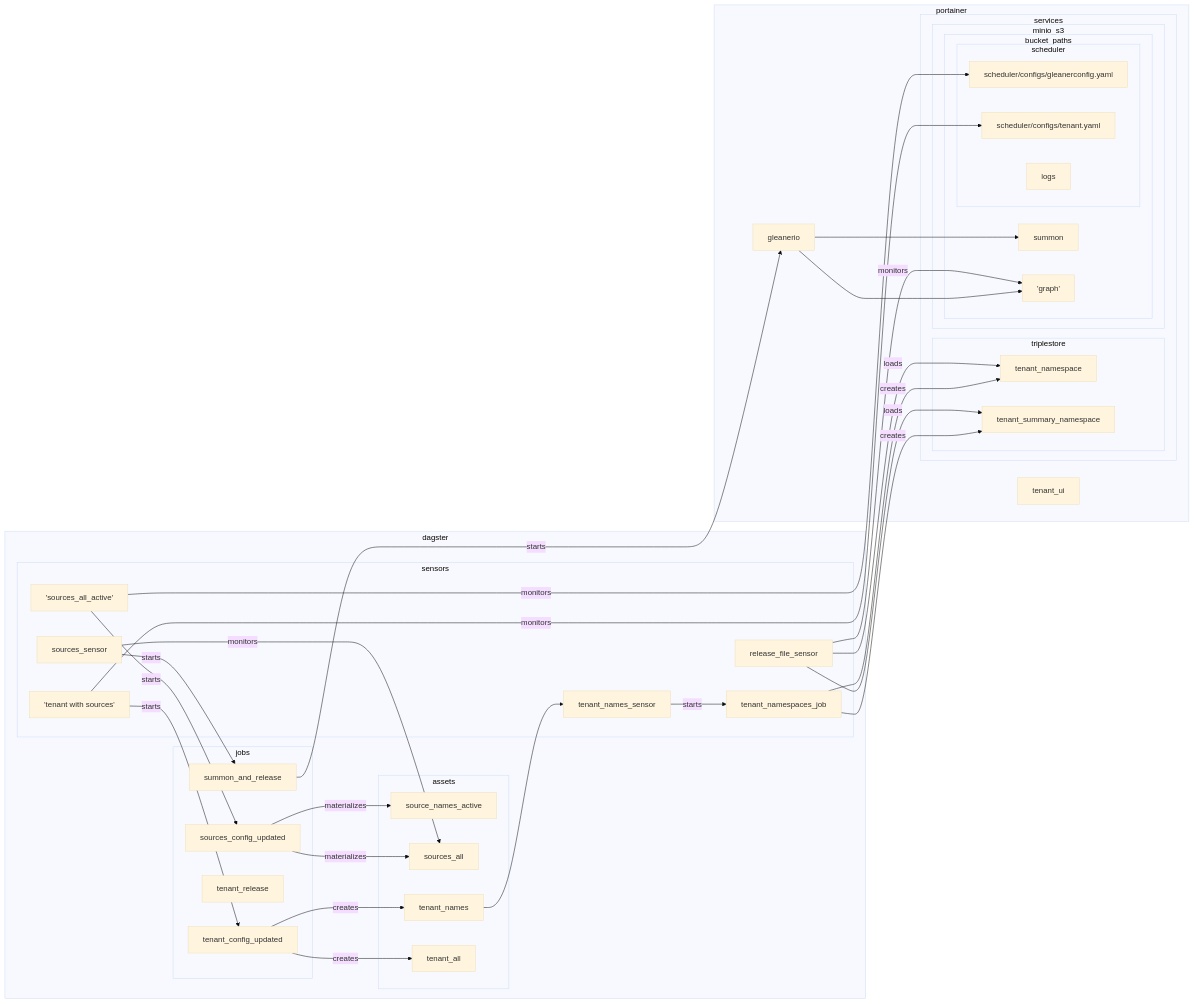
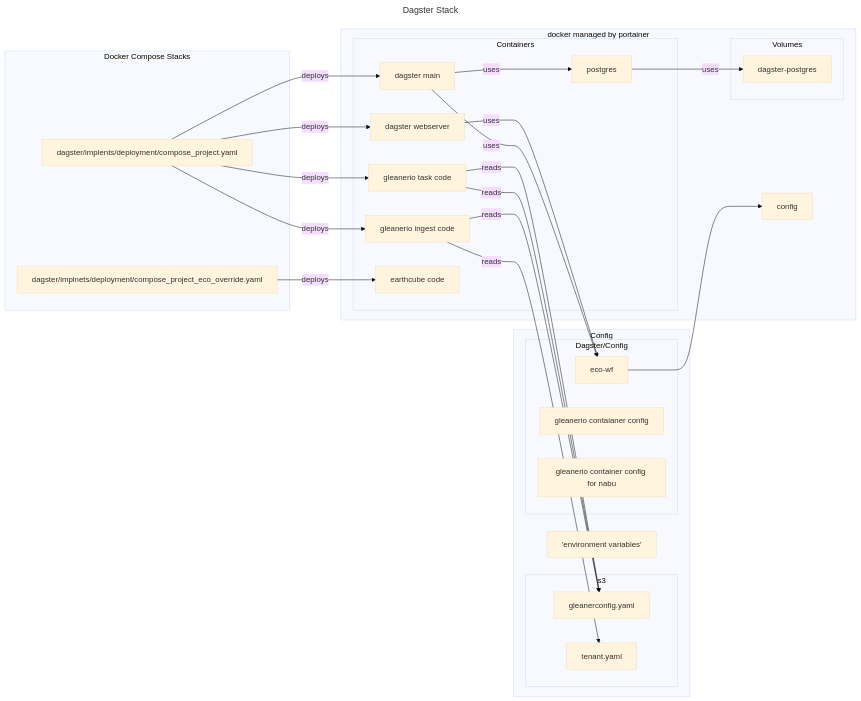
One commit to earthcube/scheduler changed the first of 4 diagrams in docs/README.md. Above: the diagram before and after it, drawn with Mermaid (base theme). The commit also changed other lines of this file, not shown here.

Commit message:
try to create a build scheduler

````diff
--- a/docs/README.md
+++ b/docs/README.md
@@ -35,73 +42,56 @@
 ```mermaid
+---
+title: Dagster Stack
+---
 flowchart LR
-    subgraph dagster
-        subgraph sensors
-            s3_config_sources_sensor['sources_all_active']
-            s3_config_tenant_sensor['tenant with sources']
-            sources_sensor
-            release_file_sensor
-            tenant_names_sensor
-            tenant_namespaces_job
-        end
-        subgraph jobs
-            summon_and_release
-            sources_config_updated
-            tenant_release
-            tenant_config_updated
-        end
-        subgraph assets
-            source_names_active
-            sources_all
-            tenant_names
-            tenant_all
-        end
-
-        
-    end
-    s3_config_sources_sensor--monitors --> sources_config
-    s3_config_tenant_sensor--monitors  -->tenant_config 
-    s3_config_sources_sensor--starts-->sources_config_updated
-    sources_config_updated--materializes-->source_names_active
-    sources_config_updated--materializes-->sources_all
-    s3_config_tenant_sensor--starts-->tenant_config_updated
-    tenant_config_updated--creates-->tenant_names
-    tenant_config_updated--creates-->tenant_all
-    sources_sensor--monitors-->sources_all
-    sources_sensor--starts-->summon_and_release
-    summon_and_release--starts--> gleanerio
-    gleanerio-->summon
-    gleanerio-->graph_path
-    tenant_names-->tenant_names_sensor
-    tenant_names_sensor--starts-->tenant_namespaces_job
-    tenant_namespaces_job--creates--> tenant_namespace
-    tenant_namespaces_job--creates-->tenant_summary_namespace
-    release_file_sensor--monitors-->graph_path
-    release_file_sensor--loads-->tenant_namespace
-    release_file_sensor--loads-->tenant_summary_namespace
-    
-    subgraph portainer
-      gleanerio 
-      tenant_ui
-      subgraph services
-           subgraph triplestore
-               tenant_namespace
-               tenant_summary_namespace
-            end
-    
-          subgraph minio_s3 
-            subgraph bucket_paths
-                subgraph scheduler
-                     sources_config["`scheduler/configs/gleanerconfig.yaml`"]
-                     tenant_config["`scheduler/configs/tenant.yaml`"]
-                     logs
-                end
-                summon
-                graph_path['graph']
-            end
-            end
-
-         end
+    subgraph DockerCompose[Docker Compose Stacks]
+            maincompose[dagster/implents/deployment/compose_project.yaml]
+            project_overrides[dagster/implnets/deployment/compose_project_eco_override.yaml]
     end
     
-   
+    subgraph Config
+         subgraph s3
+            gleanconfig[gleanerconfig.yaml]
+            tenant[tenant.yaml]
+            
+        end
+        
+        subgraph Dagster/Config
+            workflow[ eco-wf ]
+            container-config-gleaner[gleanerio contaianer config]
+            container-config-nabu[gleanerio container config for nabu]
+        end
+        env['environment variables']
+
+    end
+    subgraph docker[docker managed by portainer]
+    
+        subgraph Containers
+                dagit
+                dagster
+                postgres
+                ingest
+                tasks
+                ecrr
+        end
+        config
+        subgraph Volumes
+            dagster-postgres
+        end
+    end
+    postgres--uses-->dagster-postgres
+    dagster--uses-->workflow
+    dagit--uses-->workflow
+    workflow-->config
+    maincompose--deploys-->dagit[dagster webserver]
+    maincompose--deploys-->dagster[dagster main]
+    maincompose--deploys-->ingest[gleanerio ingest code]
+    maincompose--deploys-->tasks[gleanerio task code]
+    project_overrides--deploys-->ecrr[earthcube code]
+    ingest--reads-->gleanconfig
+    ingest--reads-->tenant
+    tasks--reads-->gleanconfig
+    tasks--reads-->gleanconfig
+    dagster--uses-->postgres
+    
 ```
````
